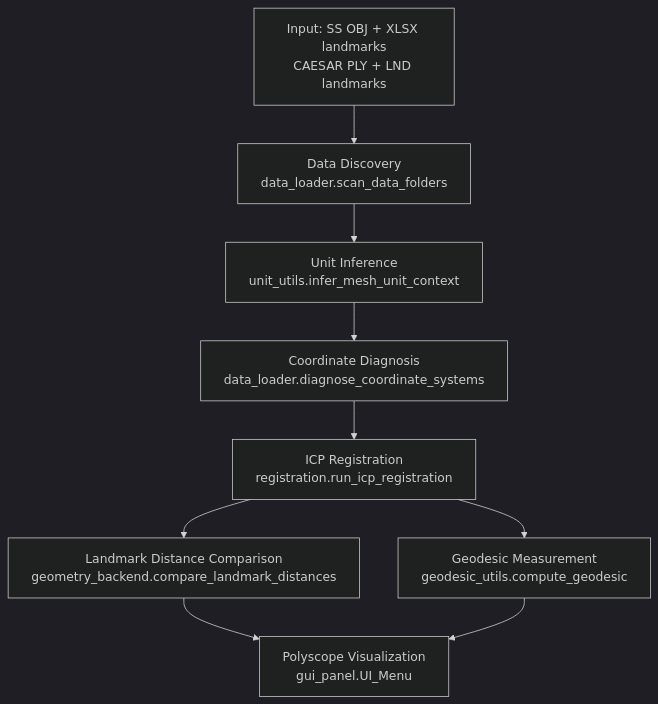
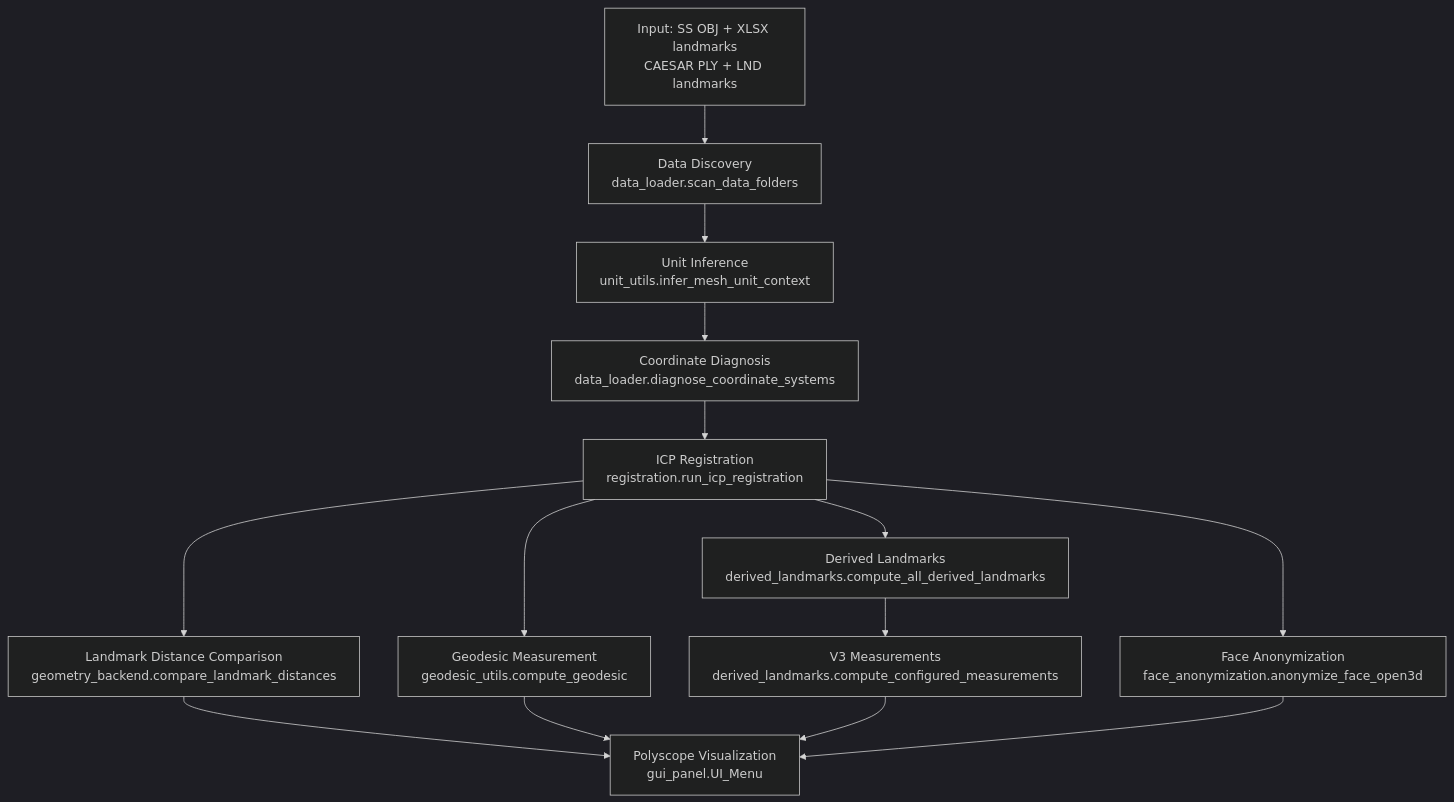
The first of 2 diagrams in wiki/002_Architecture/architecture.md (YingGwan/Body-Scan-Viewer), drawn with Mermaid (dark theme) before and after one commit. The commit also changed other lines of this file and 69 other files, not shown here.

````diff
--- a/wiki/002_Architecture/architecture.md
+++ b/wiki/002_Architecture/architecture.md
@@ -5,11 +5,16 @@
 ```mermaid
 flowchart TD
   A[Input: SS OBJ + XLSX landmarks<br/>CAESAR PLY + LND landmarks] --> B[Data Discovery<br/>data_loader.scan_data_folders]
   B --> C[Unit Inference<br/>unit_utils.infer_mesh_unit_context]
   C --> D[Coordinate Diagnosis<br/>data_loader.diagnose_coordinate_systems]
   D --> E[ICP Registration<br/>registration.run_icp_registration]
   E --> F[Landmark Distance Comparison<br/>geometry_backend.compare_landmark_distances]
   E --> G[Geodesic Measurement<br/>geodesic_utils.compute_geodesic]
-  F --> H[Polyscope Visualization<br/>gui_panel.UI_Menu]
-  G --> H
+  E --> H[Derived Landmarks<br/>derived_landmarks.compute_all_derived_landmarks]
+  H --> I[V3 Measurements<br/>derived_landmarks.compute_configured_measurements]
+  E --> J[Face Anonymization<br/>face_anonymization.anonymize_face_open3d]
+  F --> K[Polyscope Visualization<br/>gui_panel.UI_Menu]
+  G --> K
+  I --> K
+  J --> K
 ```
````
